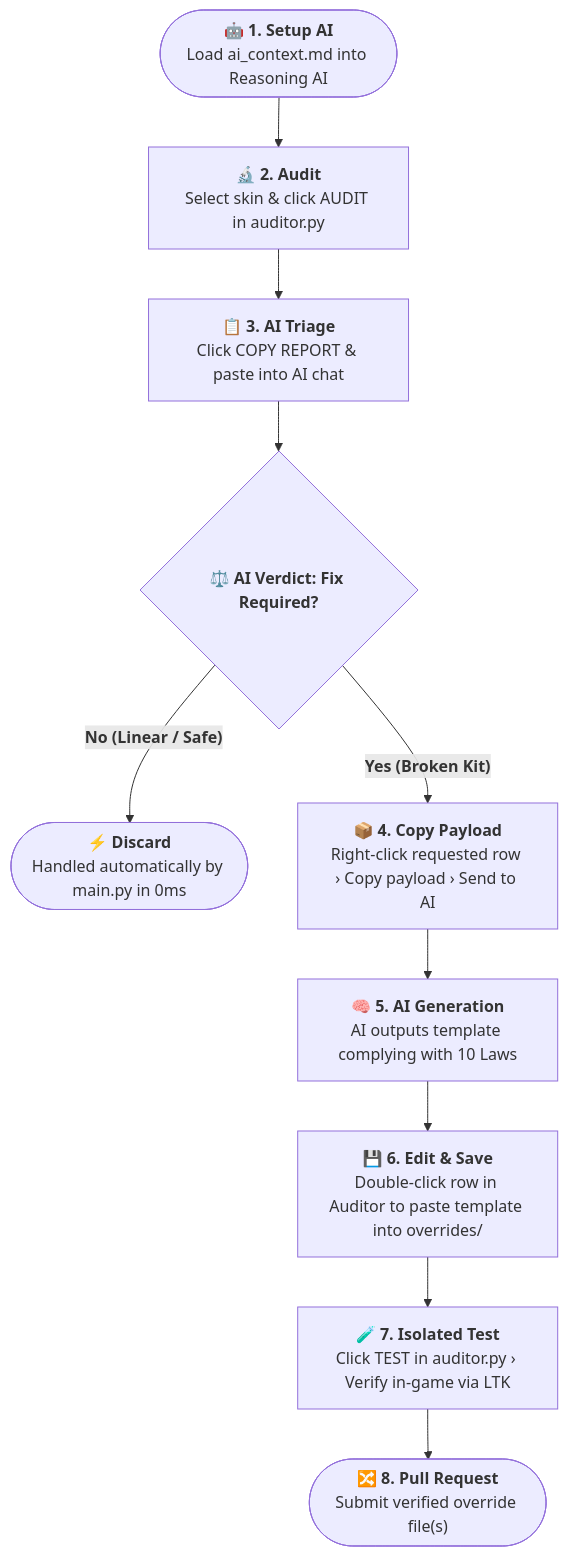
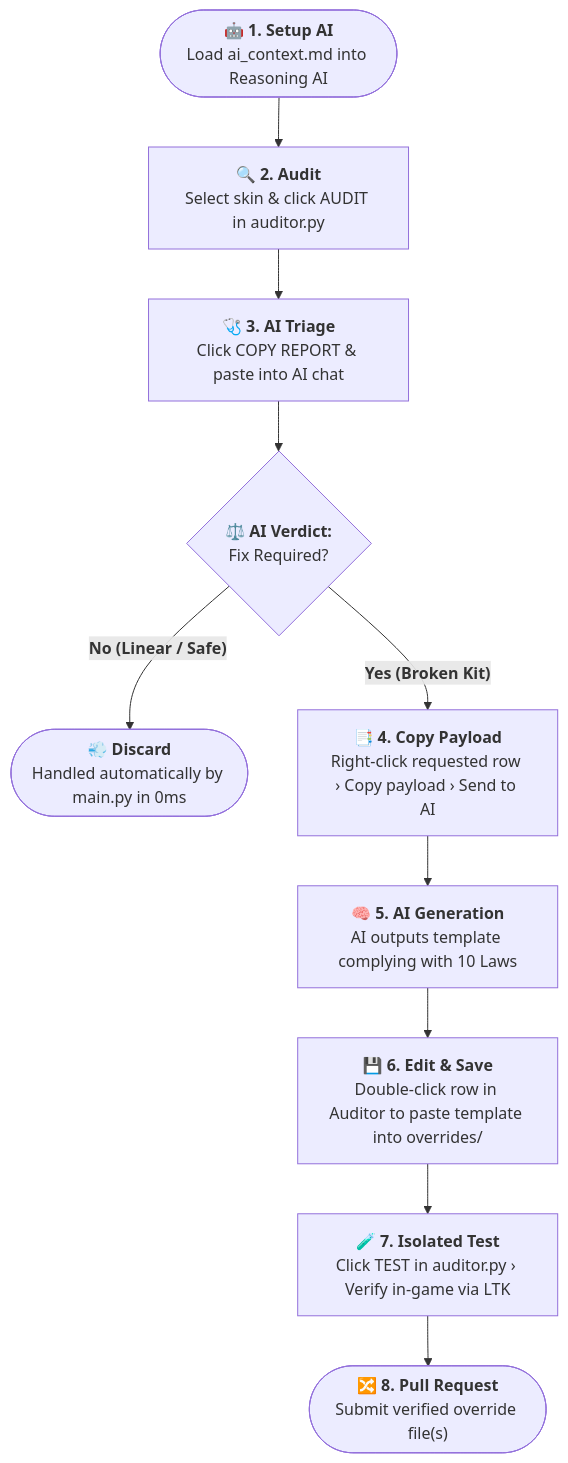
The diagram in CONTRIBUTING.md (gsmeven/vanilla-true-builder), drawn with Mermaid before and after one commit.

Commit message:
release: v1.8.3

````diff
--- a/CONTRIBUTING.md
+++ b/CONTRIBUTING.md
@@ -23,12 +23,12 @@
 ```mermaid
 flowchart TD
-    A(["<b>🤖 1. Setup AI</b>\nLoad ai_context.md into Reasoning AI"]) --> B["<b>🔬 2. Audit</b>\nSelect skin & click AUDIT in auditor.py"]
-    B --> C["<b>📋 3. AI Triage</b>\nClick COPY REPORT & paste into AI chat"]
-    C --> D{"<b>⚖️ AI Verdict: Fix Required?</b>"}
-    D -- "<b>No (Linear / Safe)</b>" --> E(["<b>⚡ Discard</b>\nHandled automatically by main.py in 0ms"])
-    D -- "<b>Yes (Broken Kit)</b>" --> F["<b>📦 4. Copy Payload</b>\nRight-click requested row › Copy payload › Send to AI"]
+    A(["<b>🤖 1. Setup AI</b>\nLoad ai_context.md into Reasoning AI"]) --> B["<b>🔍 2. Audit</b>\nSelect skin & click AUDIT in auditor.py"]
+    B --> C["<b>🩺 3. AI Triage</b>\nClick COPY REPORT & paste into AI chat"]
+    C --> D{"<b>⚖️ AI Verdict:</b>\n Fix Required?"}
+    D -- "<b>No (Linear / Safe)</b>" --> E(["<b>💨 Discard</b>\nHandled automatically by main.py in 0ms"])
+    D -- "<b>Yes (Broken Kit)</b>" --> F["<b>📑 4. Copy Payload</b>\nRight-click requested row › Copy payload › Send to AI"]
     F --> G["<b>🧠 5. AI Generation</b>\nAI outputs template complying with 10 Laws"]
     G --> H["<b>💾 6. Edit & Save</b>\nDouble-click row in Auditor to paste template into overrides/"]
     H --> I["<b>🧪 7. Isolated Test</b>\nClick TEST in auditor.py › Verify in-game via LTK"]
     I --> J(["<b>🔀 8. Pull Request</b>\nSubmit verified override file(s)"])
 ```
````
